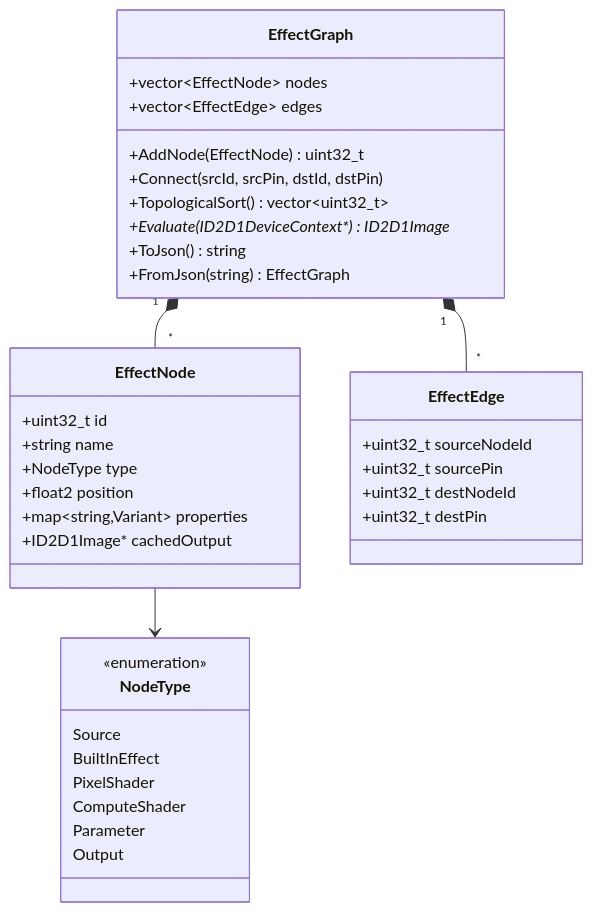
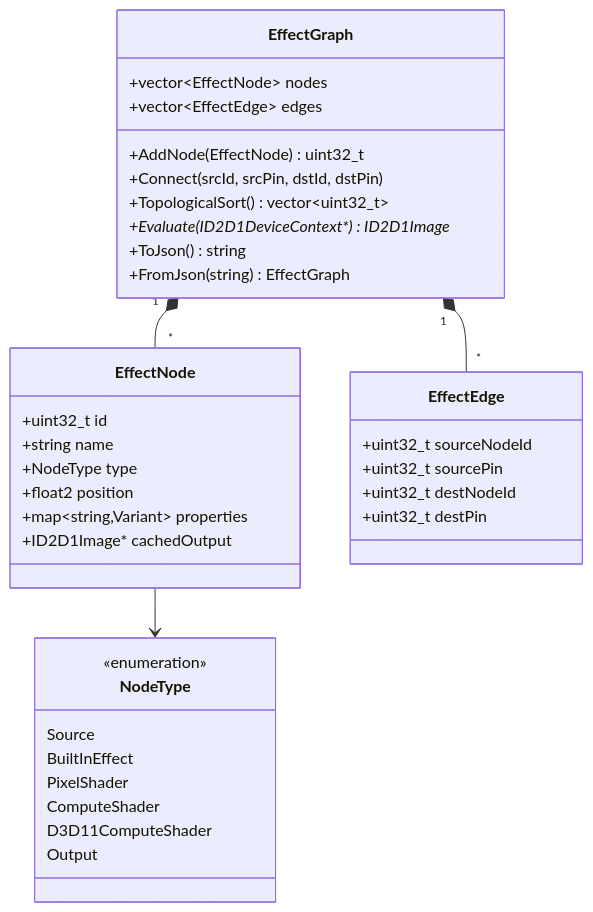
One commit to Spruill-1/ShaderLab changed the second of 9 diagrams in README.md. Above: the diagram before and after it, drawn with Mermaid. The commit also changed other lines of this file and 13 other files, not shown here.

````diff
--- a/README.md
+++ b/README.md
@@ -117,43 +112,43 @@
 ```mermaid
 classDiagram
     class EffectGraph {
         +vector~EffectNode~ nodes
         +vector~EffectEdge~ edges
         +AddNode(EffectNode) uint32_t
         +Connect(srcId, srcPin, dstId, dstPin)
         +TopologicalSort() vector~uint32_t~
         +Evaluate(ID2D1DeviceContext*) ID2D1Image*
         +ToJson() string
         +FromJson(string) EffectGraph
     }
 
     class EffectNode {
         +uint32_t id
         +string name
         +NodeType type
         +float2 position
         +map~string,Variant~ properties
         +ID2D1Image* cachedOutput
     }
 
     class EffectEdge {
         +uint32_t sourceNodeId
         +uint32_t sourcePin
         +uint32_t destNodeId
         +uint32_t destPin
     }
 
     class NodeType {
         <<enumeration>>
         Source
         BuiltInEffect
         PixelShader
         ComputeShader
-        Parameter
+        D3D11ComputeShader
         Output
     }
 
     EffectGraph "1" *-- "*" EffectNode
     EffectGraph "1" *-- "*" EffectEdge
     EffectNode --> NodeType
 ```
````
